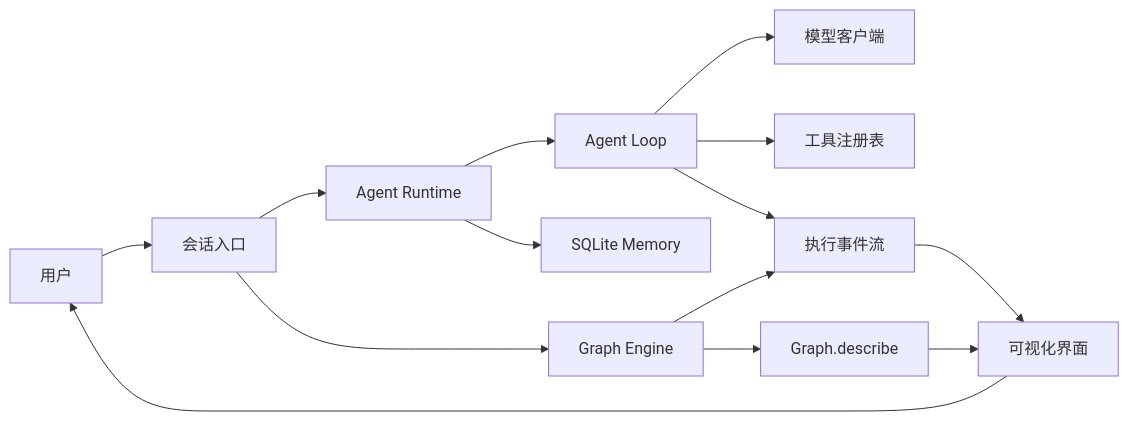
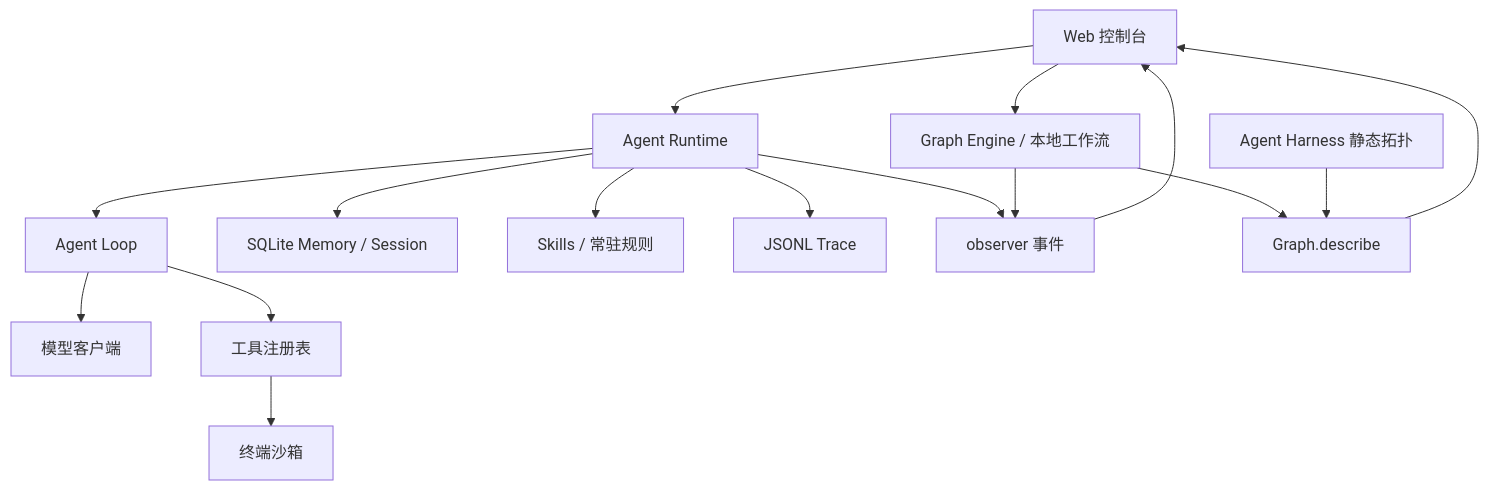
Before and after one commit to z114880/everything-agent: the diagram in README.md, drawn with Mermaid. The commit also changed other lines of this file and 33 other files, not shown here.

````diff
--- a/README.md
+++ b/README.md
@@ -98,16 +119,18 @@
 ```mermaid
-flowchart LR
-    U[用户] --> C[会话入口]
-    C --> R[Agent Runtime]
-    R --> L[Agent Loop]
-    C --> G[Graph Engine]
-    L --> M[模型客户端]
-    L --> T[工具注册表]
-    R --> ME[SQLite Memory]
-    L --> E[执行事件流]
-    G --> E[执行事件流]
-    G --> D[Graph.describe]
-    E --> V[可视化界面]
-    D --> V
-    V --> U
+flowchart TD
+    UI[Web 控制台] --> Runtime[Agent Runtime]
+    UI --> Engine[Graph Engine / 本地工作流]
+    Runtime --> Loop[Agent Loop]
+    Runtime --> Memory[SQLite Memory / Session]
+    Runtime --> Skills[Skills / 常驻规则]
+    Loop --> Model[模型客户端]
+    Loop --> Tools[工具注册表]
+    Tools --> Sandbox[终端沙箱]
+    Runtime --> Trace[JSONL Trace]
+    Runtime --> Events[observer 事件]
+    Engine --> Events
+    Engine --> Describe[Graph.describe]
+    Harness[Agent Harness 静态拓扑] --> Describe
+    Events --> UI
+    Describe --> UI
 ```
````
